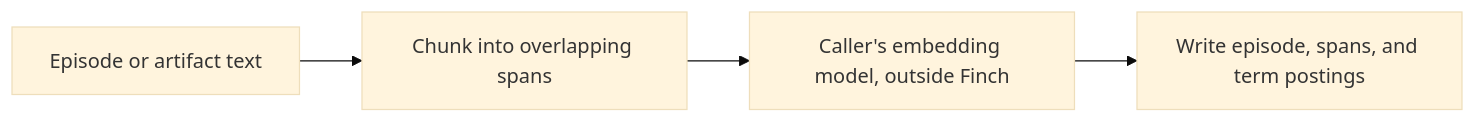
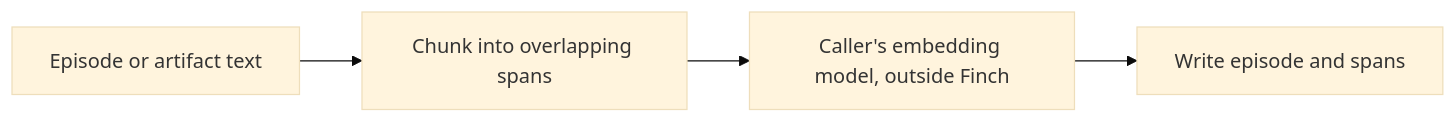
One commit to jadenpxrk/finch changed the ninth of 13 diagrams in docs/architecture.md. Above: the diagram before and after it, drawn with Mermaid (base theme). The commit also changed other lines of this file and 7 other files, not shown here.

````diff
--- a/docs/architecture.md
+++ b/docs/architecture.md
@@ -216,8 +215,8 @@
 ```mermaid
 flowchart LR
   T[Episode or artifact text]
   C[Chunk into overlapping spans]
   E[Caller's embedding model, outside Finch]
-  W[Write episode, spans, and term postings]
+  W[Write episode and spans]
   T --> C --> E --> W
 ```
````
